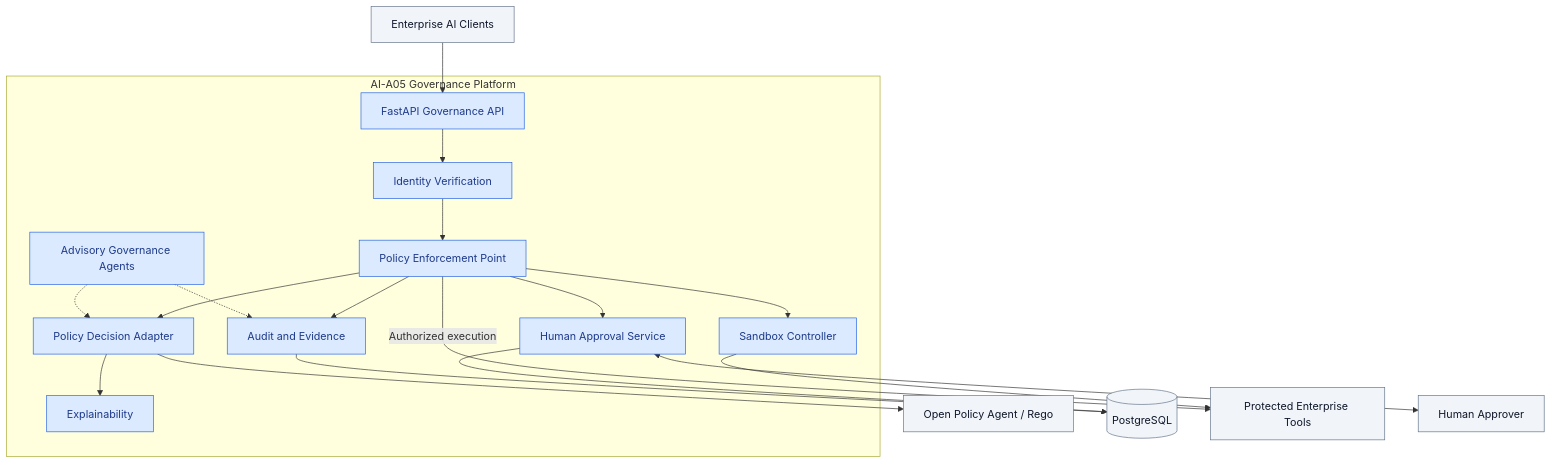
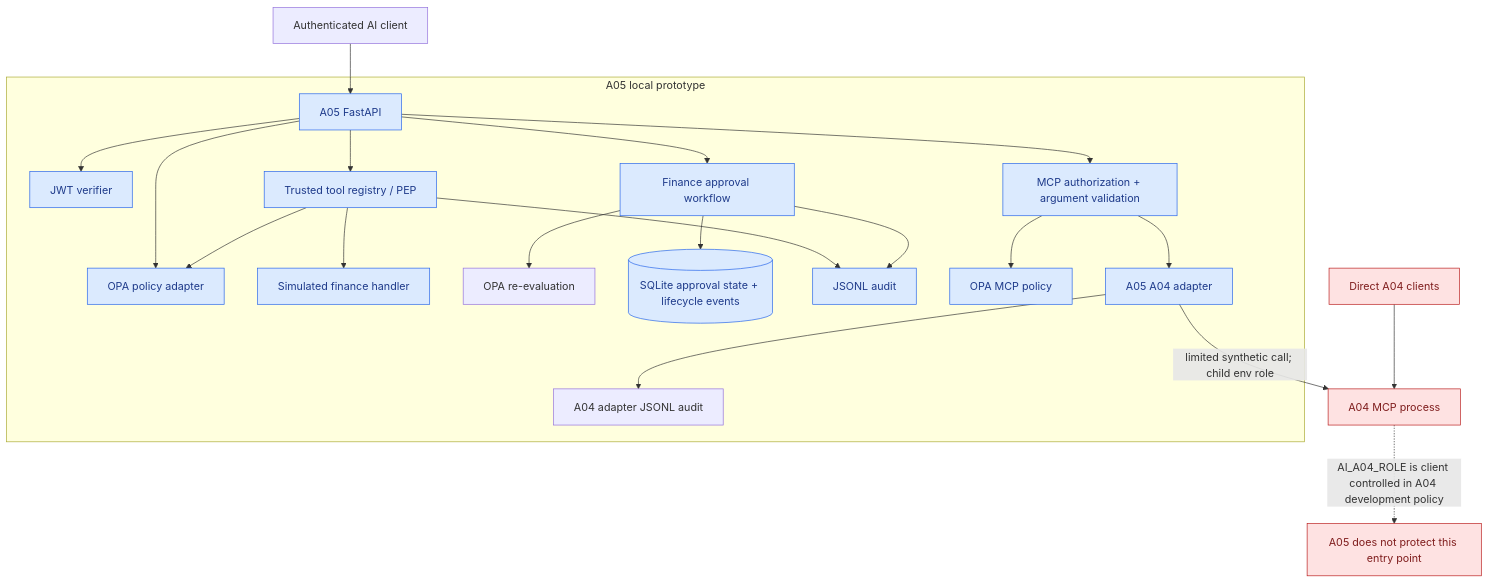
The diagram in diagrams/02-component-architecture.mmd (cpgrant/a-05-ai-governance-policy-enforcement), drawn with Mermaid before and after one commit. The commit also changed 20 other files, not shown here.

```diff
--- a/diagrams/02-component-architecture.mmd
+++ b/diagrams/02-component-architecture.mmd
@@ -1,43 +1,28 @@
 flowchart TB
-    CLIENT["Enterprise AI Clients"]
+    CLIENT["Authenticated AI client"] --> API["A05 FastAPI"]
 
-    subgraph A05["AI-A05 Governance Platform"]
-        API["FastAPI Governance API"]
-        ID["Identity Verification"]
-        PEP["Policy Enforcement Point"]
-        PDP["Policy Decision Adapter"]
-        APPROVAL["Human Approval Service"]
-        AUDIT["Audit and Evidence"]
-        EXPLAIN["Explainability"]
-        SANDBOX["Sandbox Controller"]
-        AGENTS["Advisory Governance Agents"]
-
-        API --> ID
-        ID --> PEP
+    subgraph A05["A05 local prototype"]
+        API --> JWT["JWT verifier"]
+        API --> PDP["OPA policy adapter"]
+        API --> PEP["Trusted tool registry / PEP"]
         PEP --> PDP
-        PEP --> APPROVAL
-        PEP --> AUDIT
-        PDP --> EXPLAIN
-        PEP --> SANDBOX
-        AGENTS -.-> PDP
-        AGENTS -.-> AUDIT
+        PEP --> SIM["Simulated finance handler"]
+        API --> APPROVAL["Finance approval workflow"]
+        APPROVAL --> POLICY["OPA re-evaluation"]
+        APPROVAL --> SQLITE[("SQLite approval state + lifecycle events")]
+        PEP --> JSONL["JSONL audit"]
+        APPROVAL --> JSONL
+        API --> MCPAUTH["MCP authorization + argument validation"]
+        MCPAUTH --> MCPOPA["OPA MCP policy"]
+        MCPAUTH --> ADAPTER["A05 A04 adapter"]
+        ADAPTER --> MCPJSONL["A04 adapter JSONL audit"]
     end
 
-    OPA["Open Policy Agent / Rego"]
-    DB[("PostgreSQL")]
-    TOOLS["Protected Enterprise Tools"]
-    HUMAN["Human Approver"]
+    ADAPTER -->|"limited synthetic call; child env role"| A04["A04 MCP process"]
+    DIRECT["Direct A04 clients"] --> A04
+    A04 -. "AI_A04_ROLE is client controlled in A04 development policy" .-> RISK["A05 does not protect this entry point"]
 
-    CLIENT --> API
-    PDP --> OPA
-    APPROVAL <--> HUMAN
-    APPROVAL --> DB
-    AUDIT --> DB
-    SANDBOX --> TOOLS
-    PEP -->|"Authorized execution"| TOOLS
-
-    classDef core fill:#dbeafe,stroke:#2563eb,color:#1e3a8a
-    classDef external fill:#f1f5f9,stroke:#64748b,color:#0f172a
-
-    class API,ID,PEP,PDP,APPROVAL,AUDIT,EXPLAIN,SANDBOX,AGENTS core
-    class CLIENT,OPA,DB,TOOLS,HUMAN external
+    classDef local fill:#dbeafe,stroke:#2563eb,color:#1e3a8a
+    classDef boundary fill:#fee2e2,stroke:#b91c1c,color:#7f1d1d
+    class API,JWT,PDP,PEP,SIM,APPROVAL,SQLITE,JSONL,MCPAUTH,MCPOPA,ADAPTER local
+    class A04,DIRECT,RISK boundary
```
